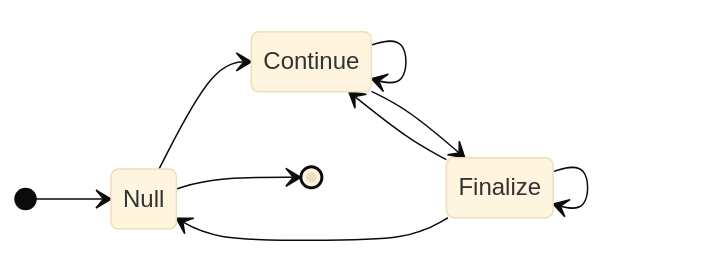
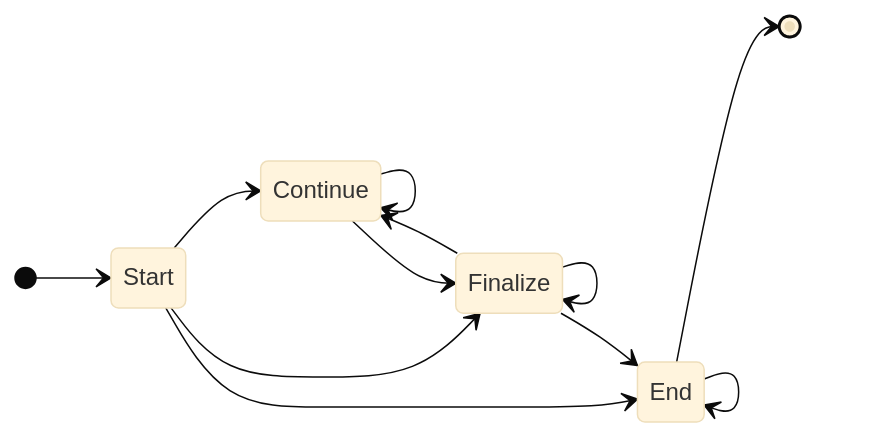
The diagram in specs/keccak256/variable-length-input.md (privacy-scaling-explorations/zkevm-specs), drawn with Mermaid (base theme) before and after one commit. The commit also changed other lines of this file and 1 other file, not shown here.

Commit message:
add start and end state_tag

````diff
--- a/specs/keccak256/variable-length-input.md
+++ b/specs/keccak256/variable-length-input.md
@@ -22,12 +23,15 @@
 ```mermaid
 stateDiagram-v2
     direction LR
-    [*] --> Null
-    Null --> Continue
+    [*] --> Start
+    Start --> Continue
+    Start --> Finalize
+    Start --> End
     Continue --> Continue
     Continue --> Finalize
     Finalize --> Continue
     Finalize --> Finalize
-    Finalize --> Null
-    Null --> [*]
+    Finalize --> End
+    End --> End
+    End --> [*]
 ```
````
